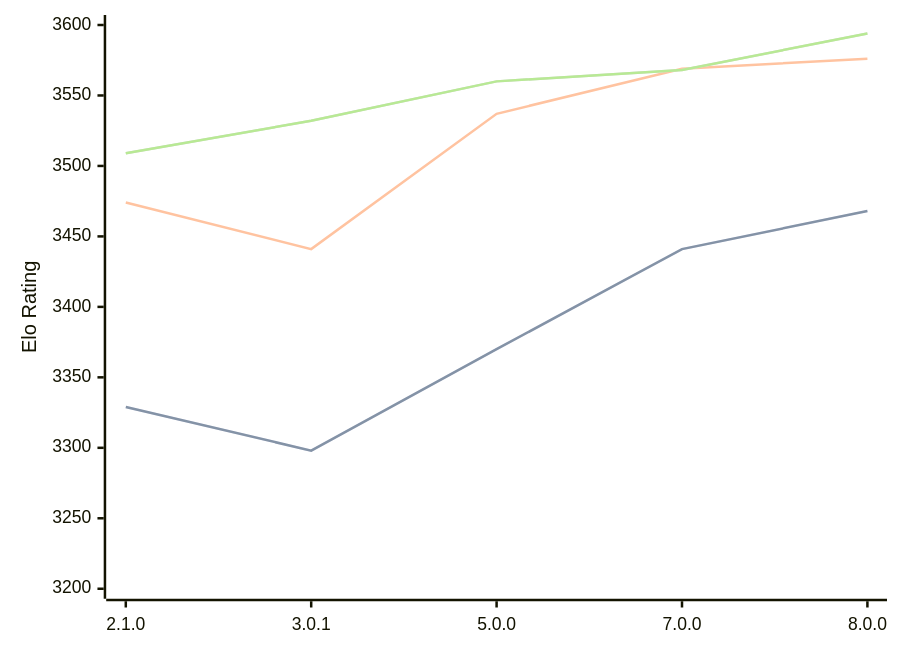
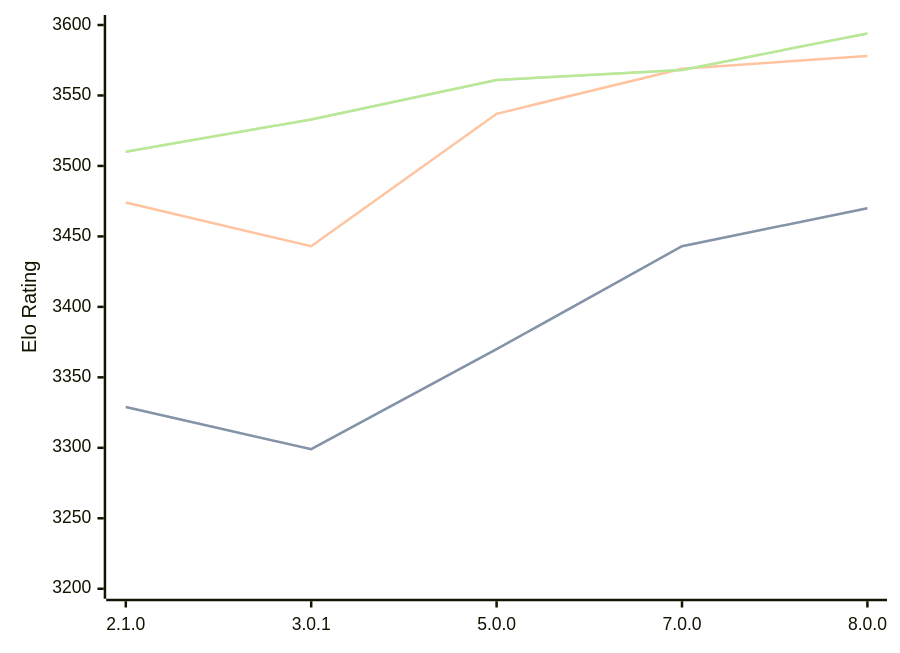
One commit to computer-chess-index/cci changed the diagram in engines/PlentyChess.md. Above: the diagram before and after it, drawn with Mermaid. The commit also changed other lines of this file, not shown here.

Commit message:
Update CCI Ratings (ELO VLTC) - 2026-09-14

````diff
--- a/engines/PlentyChess.md
+++ b/engines/PlentyChess.md
@@ -37,11 +37,11 @@
 ```mermaid
 %%{init: {"theme":"base","themeVariables":{"seriesColors:['#a3a3a3','#222221','#faa371']}}}%%
 xychart-beta
   x-axis ["2.1.0", "3.0.1", "5.0.0", "7.0.0", "8.0.0"]
   y-axis "Elo Rating" 3200 --> 3600
-  line "" [3329, 3298, 3370, 3441, 3468]
-  line "STC (8.0+0.08s)" [3329, 3298, 3370, 3441, 3468]
-  line "LTC (60.0+0.60s)" [3474, 3441, 3537, 3569, 3576]
-  line "" [3509, 3532, 3560, 3568, 3594]
-  line "VLTC (2m24s+1.12s)" [3509, 3532, 3560, 3568, 3594]
+  line "" [3329, 3299, 3370, 3443, 3470]
+  line "STC (8.0+0.08s)" [3329, 3299, 3370, 3443, 3470]
+  line "LTC (60.0+0.60s)" [3474, 3443, 3537, 3569, 3578]
+  line "" [3510, 3533, 3561, 3568, 3594]
+  line "VLTC (2m24s+1.12s)" [3510, 3533, 3561, 3568, 3594]
 ```
````
